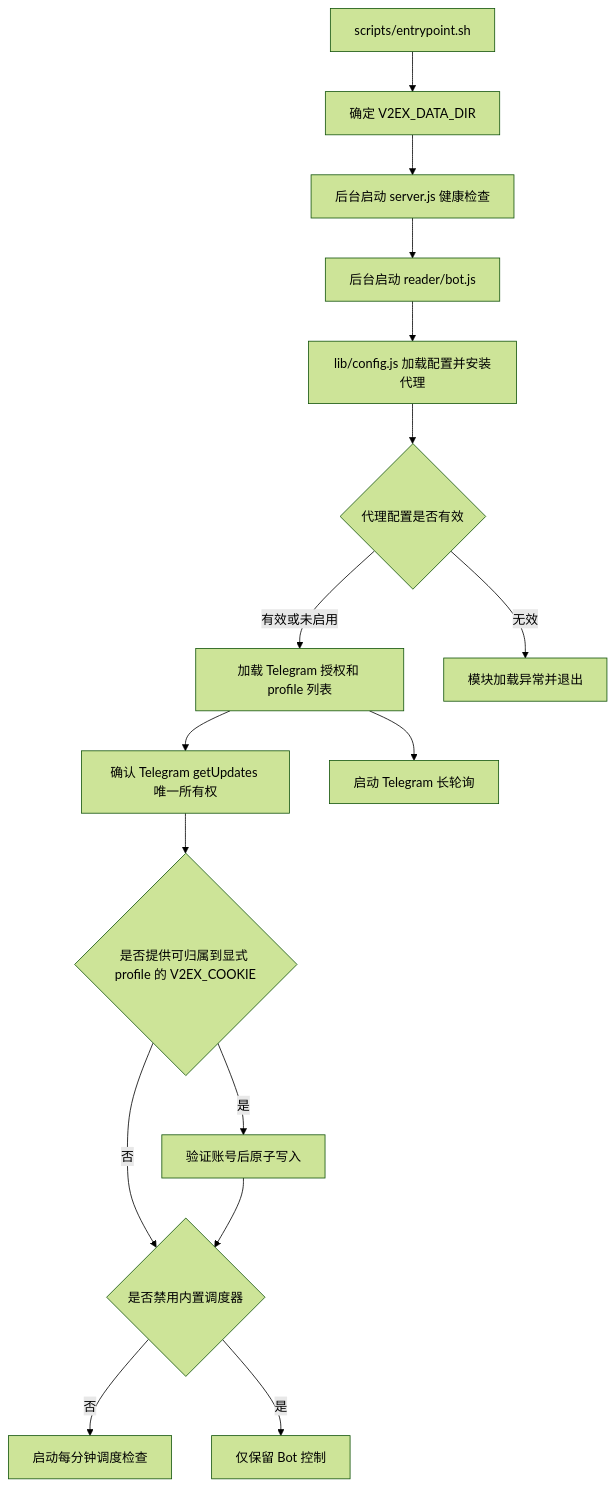
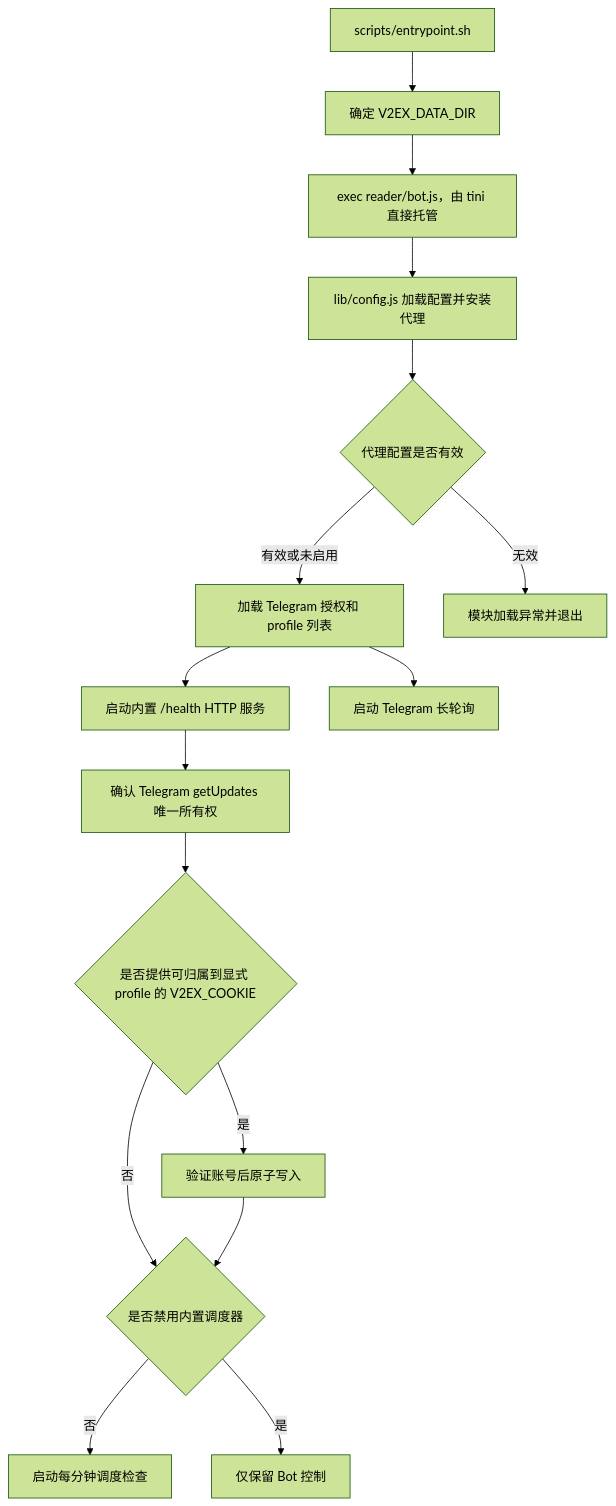
Before and after one commit to mskatoni/v2ex-max-helper: the first of 4 diagrams in docs/实际流程图谱.md, drawn with Mermaid (forest theme). The commit also changed other lines of this file and 53 other files, not shown here.

````diff
--- a/docs/实际流程图谱.md
+++ b/docs/实际流程图谱.md
@@ -7,18 +7,18 @@
 ```mermaid
 flowchart TD
     D0["scripts/entrypoint.sh"] --> D1["确定 V2EX_DATA_DIR"]
-    D1 --> H0["后台启动 server.js 健康检查"]
-    H0 --> B0["后台启动 reader/bot.js"]
+    D1 --> B0["exec reader/bot.js，由 tini 直接托管"]
     B0 --> C0["lib/config.js 加载配置并安装代理"]
     C0 --> P0{"代理配置是否有效"}
     P0 -->|"有效或未启用"| A0["加载 Telegram 授权和 profile 列表"]
     P0 -->|"无效"| X0["模块加载异常并退出"]
-    A0 --> O0["确认 Telegram getUpdates 唯一所有权"]
+    A0 --> H0["启动内置 /health HTTP 服务"]
+    H0 --> O0["确认 Telegram getUpdates 唯一所有权"]
     O0 --> D2{"是否提供可归属到显式 profile 的 V2EX_COOKIE"}
     D2 -->|"是"| D3["验证账号后原子写入"]
     D2 -->|"否"| S0{"是否禁用内置调度器"}
     D3 --> S0
     S0 -->|"否"| S1["启动每分钟调度检查"]
     S0 -->|"是"| S2["仅保留 Bot 控制"]
     A0 --> T0["启动 Telegram 长轮询"]
 ```
````
